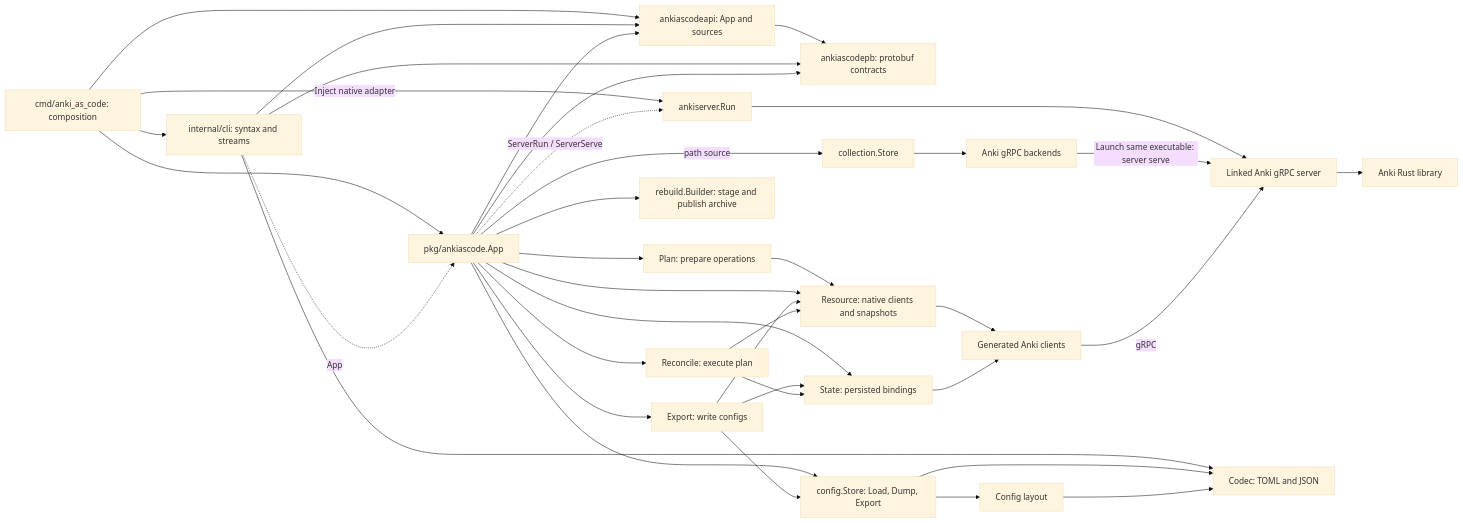
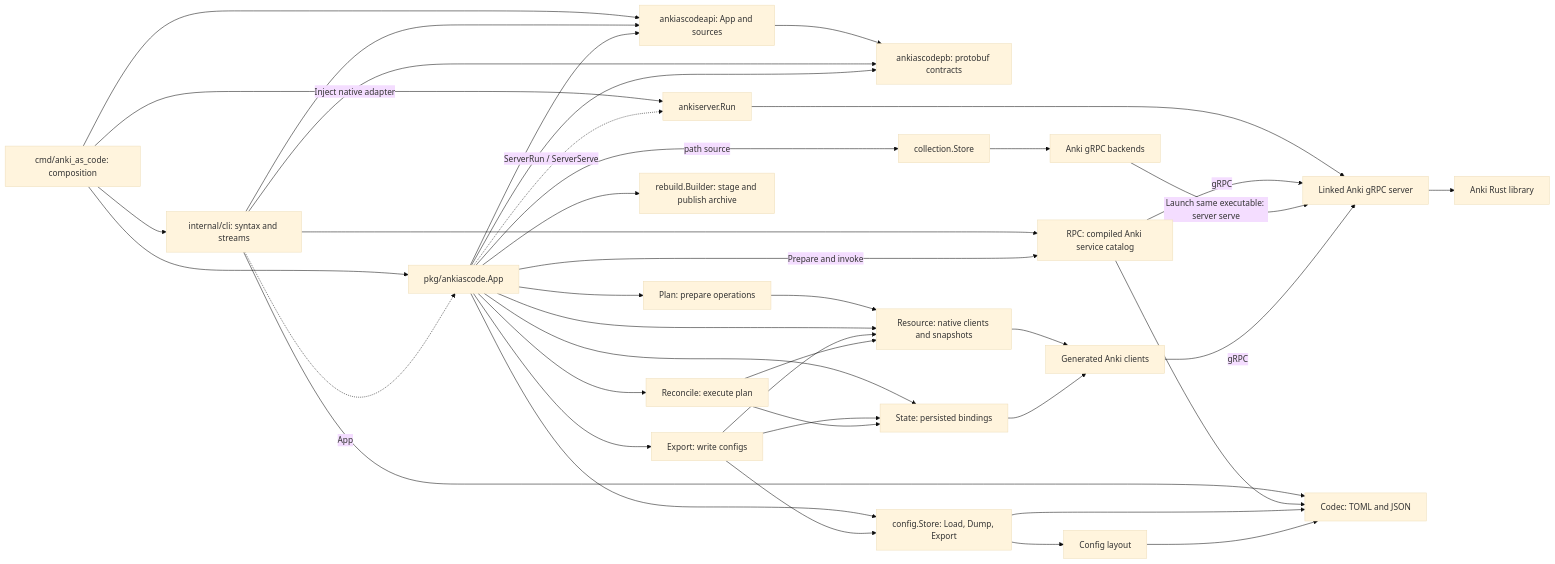
Before and after one commit to alwaldend/src: the diagram in projects/anki_as_code/docs/package-dependencies.mmd, drawn with Mermaid (base theme). The commit also changed 41 other files, not shown here.

First line of the commit message:
Expose Anki services through the CLI

```diff
--- a/projects/anki_as_code/docs/package-dependencies.mmd
+++ b/projects/anki_as_code/docs/package-dependencies.mmd
@@ -1,37 +1,41 @@
 flowchart LR
     entry[cmd/anki_as_code: composition] --> cli[internal/cli: syntax and streams]
     entry --> app[pkg/ankiascode.App]
     cli -. App .-> app
     entry --> api[ankiascodeapi: App and sources]
     cli --> api
     app --> api
     api --> schema
     cli --> schema[ankiascodepb: protobuf contracts]
     app --> schema
     entry -->|Inject native adapter| host[ankiserver.Run]
     app -. ServerRun / ServerServe .-> host
     host --> server[Linked Anki gRPC server]
     app -->|path source| collections[collection.Store]
     app --> export[Export: write configs]
     app --> planning[Plan: prepare operations]
     app --> reconcile[Reconcile: execute plan]
     app --> builder[rebuild.Builder: stage and publish archive]
     planning --> resource
     app --> config[config.Store: Load, Dump, Export]
     app --> state[State: persisted bindings]
     cli --> codec[Codec: TOML and JSON]
+    cli --> rpc[RPC: compiled Anki service catalog]
+    rpc --> codec
+    app -->|Prepare and invoke| rpc
+    rpc -->|gRPC| server
     app --> resource[Resource: native clients and snapshots]
     export --> resource
     resource --> services[Generated Anki clients]
     export --> state
     export --> config
     config --> layout[Config layout]
     config --> codec
     layout --> codec
     reconcile --> state
     reconcile --> resource
     state --> services
     collections --> backend[Anki gRPC backends]
     backend -->|Launch same executable: server serve| server
     services -->|gRPC| server
     server --> native[Anki Rust library]
```
